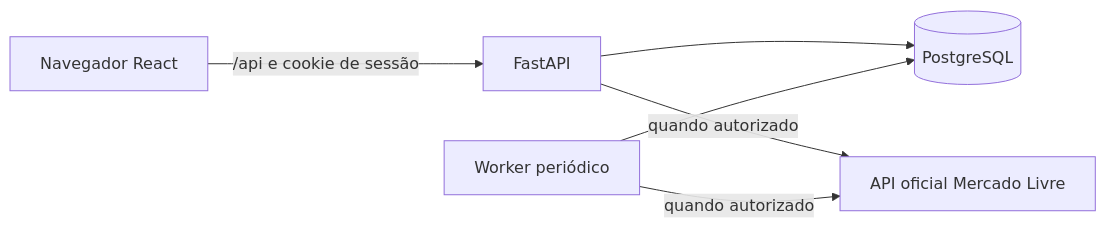
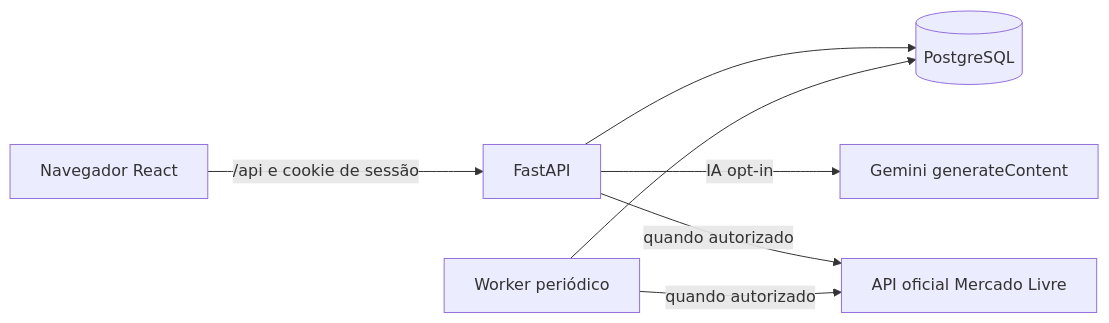
One commit to SamiaLuvanice/bestprice changed the diagram in docs/architecture.md. Above: the diagram before and after it, drawn with Mermaid. The commit also changed other lines of this file and 83 other files, not shown here.

````diff
--- a/docs/architecture.md
+++ b/docs/architecture.md
@@ -7,8 +7,9 @@
 ```mermaid
 graph LR
   Browser[Navegador React] -->|/api e cookie de sessão| API[FastAPI]
   API --> DB[(PostgreSQL)]
+  API -->|IA opt-in| Google[Gemini generateContent]
   Worker[Worker periódico] --> DB
   API -->|quando autorizado| ML[API oficial Mercado Livre]
   Worker -->|quando autorizado| ML
 ```
````
